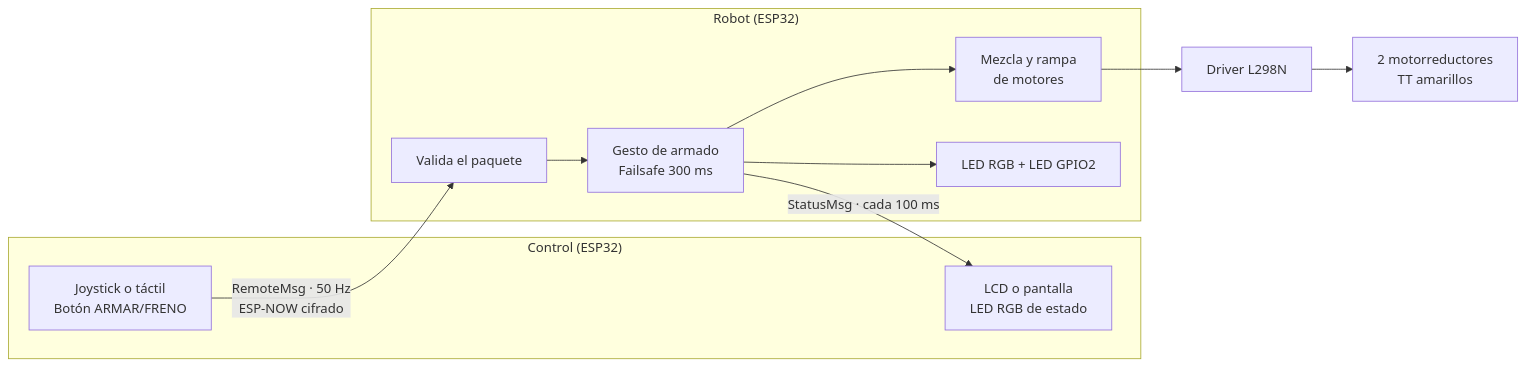
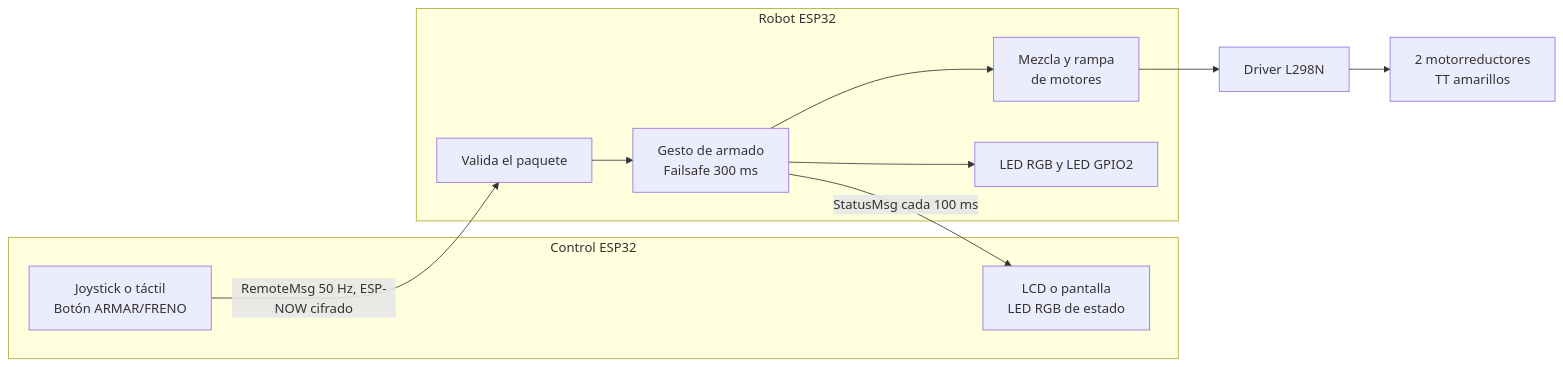
The first of 12 diagrams in docs/INFORME_FUNCIONAMIENTO.md (Upcast132/Robot-soccer), drawn with Mermaid before and after one commit. The commit also changed other lines of this file, not shown here.

First line of the commit message:
Fix two mermaid diagrams GitHub could not render

````diff
--- a/docs/INFORME_FUNCIONAMIENTO.md
+++ b/docs/INFORME_FUNCIONAMIENTO.md
@@ -13,20 +13,23 @@
 ```mermaid
 flowchart LR
-    subgraph CTRL["Control (ESP32)"]
-        IN["Joystick o táctil<br/>Botón ARMAR/FRENO"]
-        UI["LCD o pantalla<br/>LED RGB de estado"]
+    subgraph grpControl["Control ESP32"]
+        nEntrada["Joystick o táctil<br/>Botón ARMAR/FRENO"]
+        nPantalla["LCD o pantalla<br/>LED RGB de estado"]
     end
-    subgraph ROB["Robot (ESP32)"]
-        VAL["Valida el paquete"]
-        ARM["Gesto de armado<br/>Failsafe 300 ms"]
-        RAMP["Mezcla y rampa<br/>de motores"]
-        LED["LED RGB + LED GPIO2"]
+    subgraph grpRobot["Robot ESP32"]
+        nValida["Valida el paquete"]
+        nArmado["Gesto de armado<br/>Failsafe 300 ms"]
+        nRampa["Mezcla y rampa<br/>de motores"]
+        nLeds["LED RGB y LED GPIO2"]
     end
-    DRV["Driver L298N"]
-    MOT["2 motorreductores<br/>TT amarillos"]
+    nDriver["Driver L298N"]
+    nMotores["2 motorreductores<br/>TT amarillos"]
 
-    IN -- "RemoteMsg · 50 Hz<br/>ESP-NOW cifrado" --> VAL
-    VAL --> ARM --> RAMP --> DRV --> MOT
-    ARM --> LED
-    ARM -- "StatusMsg · cada 100 ms" --> UI
+    nEntrada -->|"RemoteMsg 50 Hz, ESP-NOW cifrado"| nValida
+    nValida --> nArmado
+    nArmado --> nRampa
+    nRampa --> nDriver
+    nDriver --> nMotores
+    nArmado --> nLeds
+    nArmado -->|"StatusMsg cada 100 ms"| nPantalla
 ```
````
